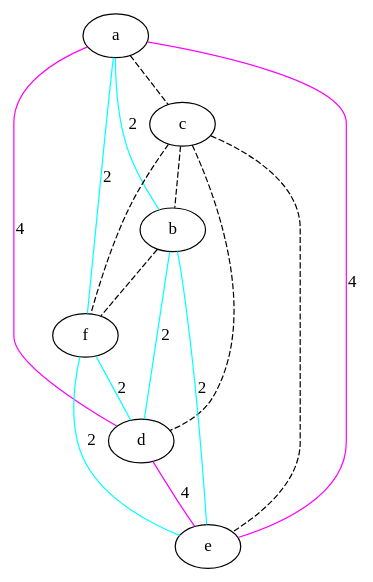
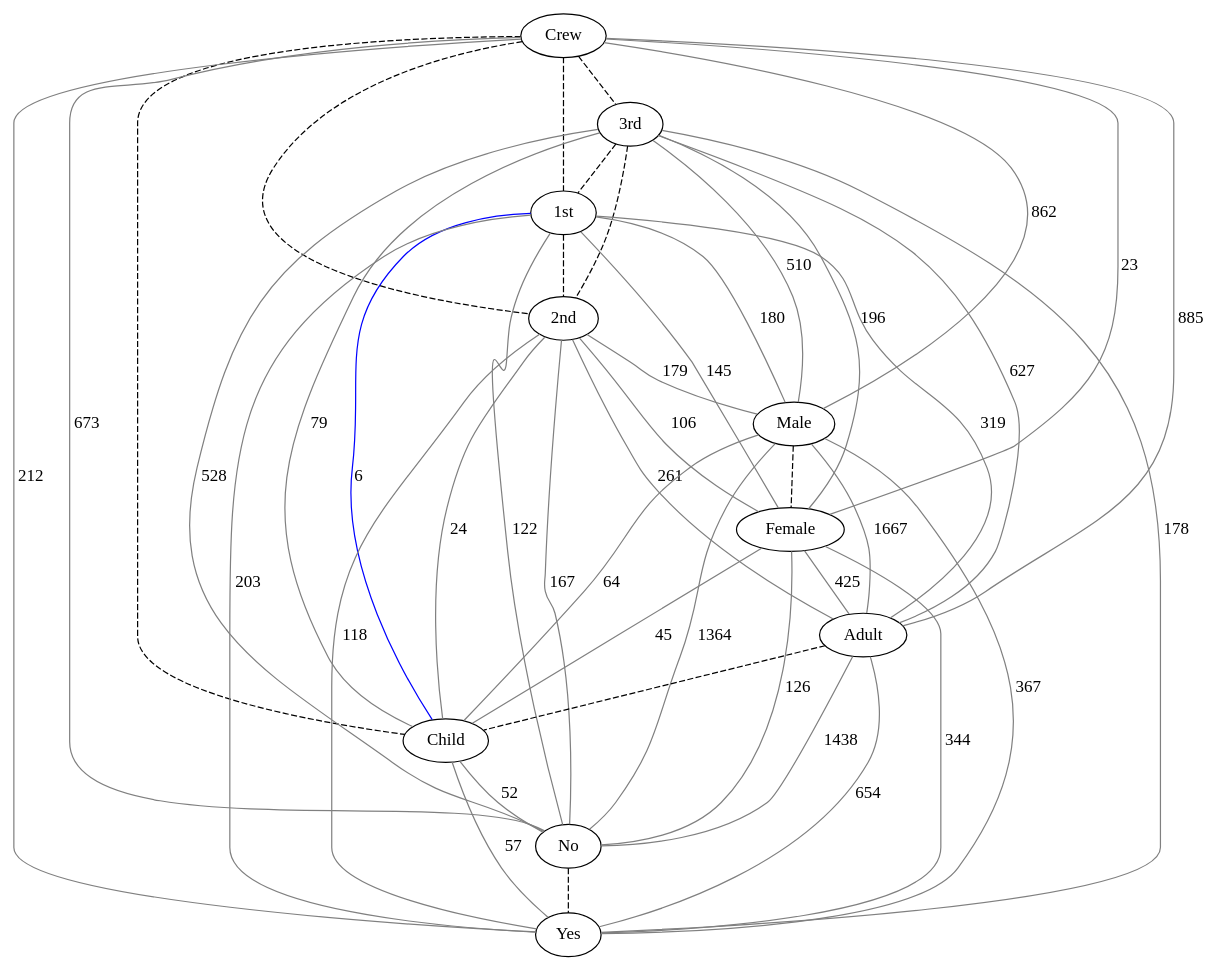
Before and after one commit to lrodrin/TFG: the diagram in src/final/linearGraph.dot, drawn with Graphviz. The commit also changed 10 other files, not shown here.

```diff
--- a/src/final/linearGraph.dot
+++ b/src/final/linearGraph.dot
@@ -1,23 +1,57 @@
 strict graph "" {
-a;
-c;
-b;
-f;
-d;
-e;
-a -- c  [color=black, style=dashed];
-a -- b  [color=cyan, label=2, style=solid];
-a -- f  [color=cyan, label=2, style=solid];
-a -- d  [color=magenta, label=4, style=solid];
-a -- e  [color=magenta, label=4, style=solid];
-c -- b  [color=black, style=dashed];
-c -- f  [color=black, style=dashed];
-c -- d  [color=black, style=dashed];
-c -- e  [color=black, style=dashed];
-b -- f  [color=black, style=dashed];
-b -- d  [color=cyan, label=2, style=solid];
-b -- e  [color=cyan, label=2, style=solid];
-f -- d  [color=cyan, label=2, style=solid];
-f -- e  [color=cyan, label=2, style=solid];
-d -- e  [color=magenta, label=4, style=solid];
+Crew;
+"3rd";
+"1st";
+"2nd";
+Male;
+Female;
+Adult;
+Child;
+No;
+Yes;
+Crew -- "3rd"  [color=black, style=dashed];
+Crew -- "1st"  [color=black, style=dashed];
+Crew -- "2nd"  [color=black, style=dashed];
+Crew -- Male  [color=grey, label=862, style=solid];
+Crew -- Female  [color=grey, label=23, style=solid];
+Crew -- Adult  [color=grey, label=885, style=solid];
+Crew -- Child  [color=black, style=dashed];
+Crew -- No  [color=grey, label=673, style=solid];
+Crew -- Yes  [color=grey, label=212, style=solid];
+"3rd" -- "1st"  [color=black, style=dashed];
+"3rd" -- "2nd"  [color=black, style=dashed];
+"3rd" -- Male  [color=grey, label=510, style=solid];
+"3rd" -- Female  [color=grey, label=196, style=solid];
+"3rd" -- Adult  [color=grey, label=627, style=solid];
+"3rd" -- Child  [color=grey, label=79, style=solid];
+"3rd" -- No  [color=grey, label=528, style=solid];
+"3rd" -- Yes  [color=grey, label=178, style=solid];
+"1st" -- "2nd"  [color=black, style=dashed];
+"1st" -- Male  [color=grey, label=180, style=solid];
+"1st" -- Female  [color=grey, label=145, style=solid];
+"1st" -- Adult  [color=grey, label=319, style=solid];
+"1st" -- Child  [color=blue, label=6, style=solid];
+"1st" -- No  [color=grey, label=122, style=solid];
+"1st" -- Yes  [color=grey, label=203, style=solid];
+"2nd" -- Male  [color=grey, label=179, style=solid];
+"2nd" -- Female  [color=grey, label=106, style=solid];
+"2nd" -- Adult  [color=grey, label=261, style=solid];
+"2nd" -- Child  [color=grey, label=24, style=solid];
+"2nd" -- No  [color=grey, label=167, style=solid];
+"2nd" -- Yes  [color=grey, label=118, style=solid];
+Male -- Female  [color=black, style=dashed];
+Male -- Adult  [color=grey, label=1667, style=solid];
+Male -- Child  [color=grey, label=64, style=solid];
+Male -- No  [color=grey, label=1364, style=solid];
+Male -- Yes  [color=grey, label=367, style=solid];
+Female -- Adult  [color=grey, label=425, style=solid];
+Female -- Child  [color=grey, label=45, style=solid];
+Female -- No  [color=grey, label=126, style=solid];
+Female -- Yes  [color=grey, label=344, style=solid];
+Adult -- Child  [color=black, style=dashed];
+Adult -- No  [color=grey, label=1438, style=solid];
+Adult -- Yes  [color=grey, label=654, style=solid];
+Child -- No  [color=grey, label=52, style=solid];
+Child -- Yes  [color=grey, label=57, style=solid];
+No -- Yes  [color=black, style=dashed];
 }
```
